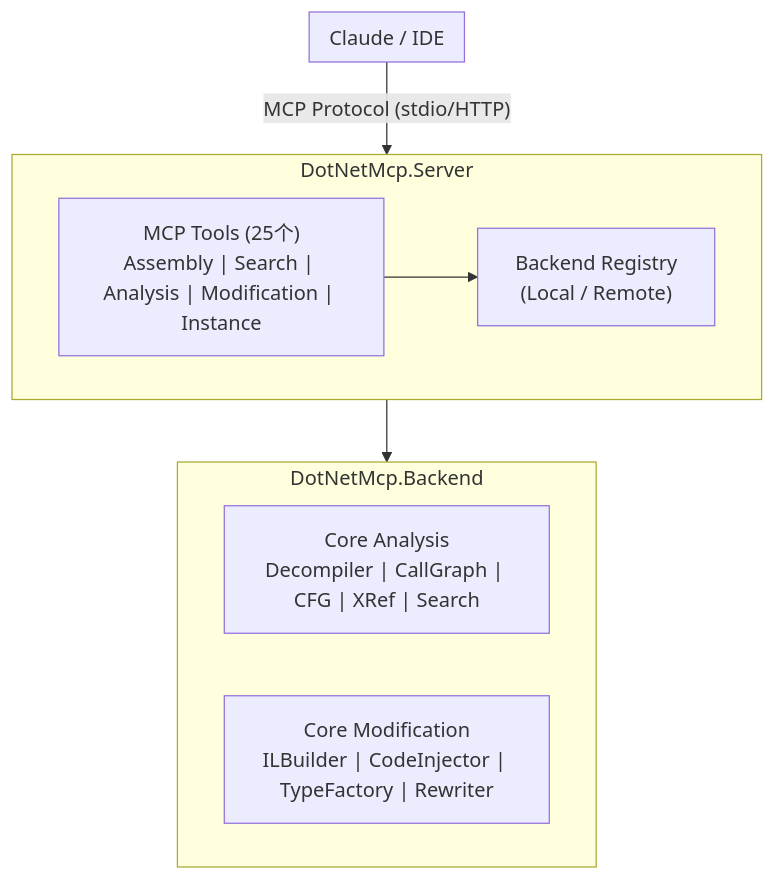
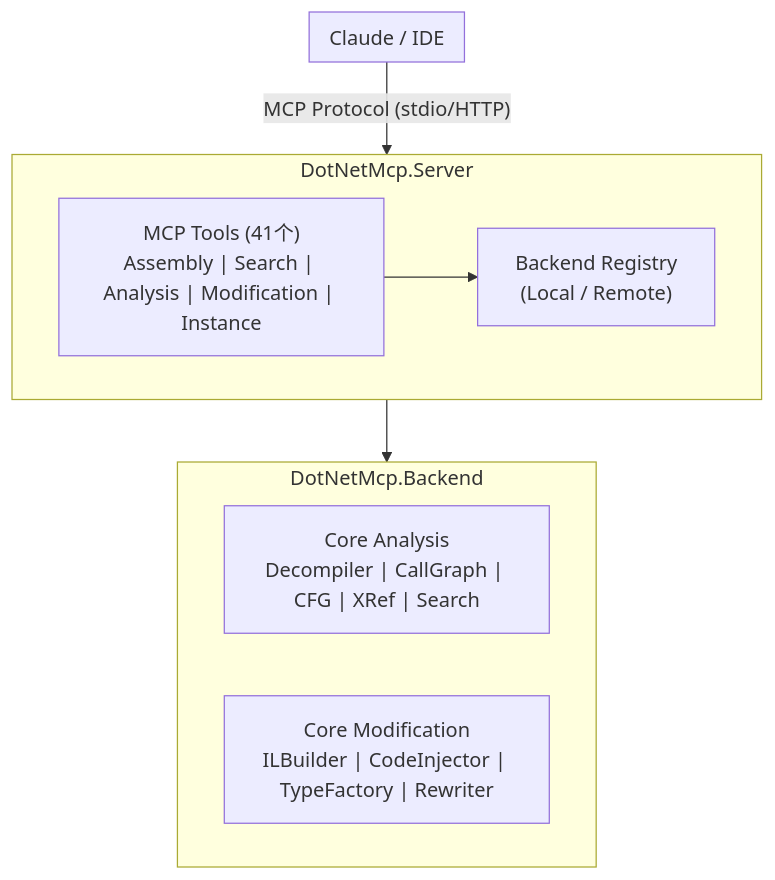
The first of 2 diagrams in README.zh.md (xjoker/DotNetMCP), drawn with Mermaid before and after one commit. The commit also changed other lines of this file and 56 other files, not shown here.

````diff
--- a/README.zh.md
+++ b/README.zh.md
@@ -27,20 +31,20 @@
 ```mermaid
 flowchart TB
     subgraph Client["Claude / IDE"]
     end
 
     Client -->|"MCP Protocol (stdio/HTTP)"| Server
 
     subgraph Server["DotNetMcp.Server"]
-        Tools["MCP Tools (25个)<br/>Assembly | Search | Analysis | Modification | Instance"]
+        Tools["MCP Tools (41个)<br/>Assembly | Search | Analysis | Modification | Instance"]
         Registry["Backend Registry<br/>(Local / Remote)"]
         Tools --> Registry
     end
 
     Server --> Backend
 
     subgraph Backend["DotNetMcp.Backend"]
         Analysis["Core Analysis<br/>Decompiler | CallGraph | CFG | XRef | Search"]
         Modification["Core Modification<br/>ILBuilder | CodeInjector | TypeFactory | Rewriter"]
     end
 ```
````
